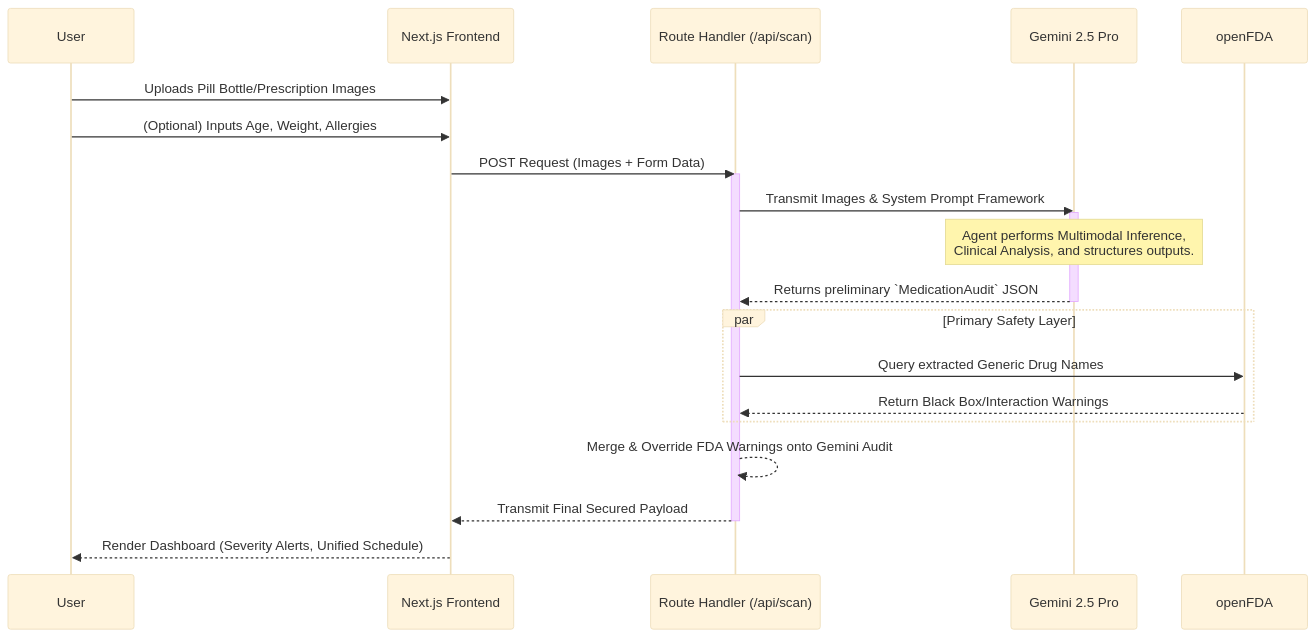
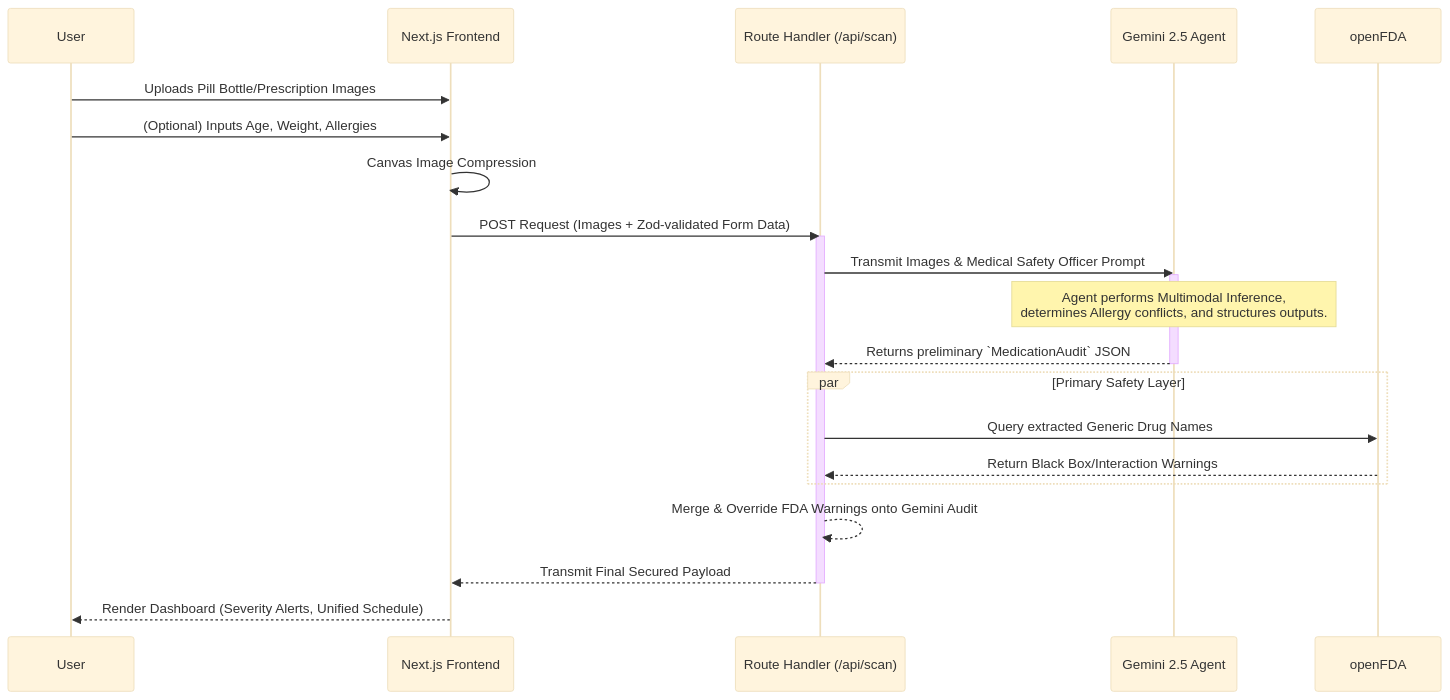
Before and after one commit to SpiritStack/promptwar-main: the second of 2 diagrams in README.md, drawn with Mermaid (base theme). The commit also changed other lines of this file, not shown here.

````diff
--- a/README.md
+++ b/README.md
@@ -77,30 +67,31 @@
 ```mermaid
 sequenceDiagram
     participant User
     participant NextJS as Next.js Frontend
     participant APIRoute as Route Handler (/api/scan)
-    participant Gemini as Gemini 2.5 Pro
+    participant Gemini as Gemini 2.5 Agent
     participant OpenFDA as openFDA
     
     User->>NextJS: Uploads Pill Bottle/Prescription Images
     User->>NextJS: (Optional) Inputs Age, Weight, Allergies
-    NextJS->>APIRoute: POST Request (Images + Form Data)
+    NextJS->>NextJS: Canvas Image Compression
+    NextJS->>APIRoute: POST Request (Images + Zod-validated Form Data)
     
     activate APIRoute
-    APIRoute->>Gemini: Transmit Images & System Prompt Framework
+    APIRoute->>Gemini: Transmit Images & Medical Safety Officer Prompt
     activate Gemini
-    Note over Gemini: Agent performs Multimodal Inference,<br/>Clinical Analysis, and structures outputs.
+    Note over Gemini: Agent performs Multimodal Inference,<br/>determines Allergy conflicts, and structures outputs.
     Gemini-->>APIRoute: Returns preliminary `MedicationAudit` JSON
     deactivate Gemini
     
     par Primary Safety Layer
         APIRoute->>OpenFDA: Query extracted Generic Drug Names
         OpenFDA-->>APIRoute: Return Black Box/Interaction Warnings
     end
     
     APIRoute-->>APIRoute: Merge & Override FDA Warnings onto Gemini Audit
     APIRoute-->>NextJS: Transmit Final Secured Payload
     deactivate APIRoute
     
     NextJS-->>User: Render Dashboard (Severity Alerts, Unified Schedule)
 ```
````
